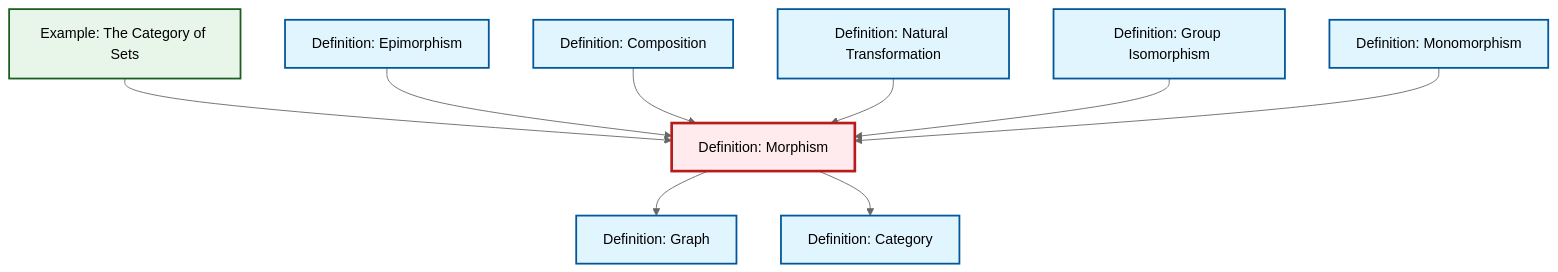
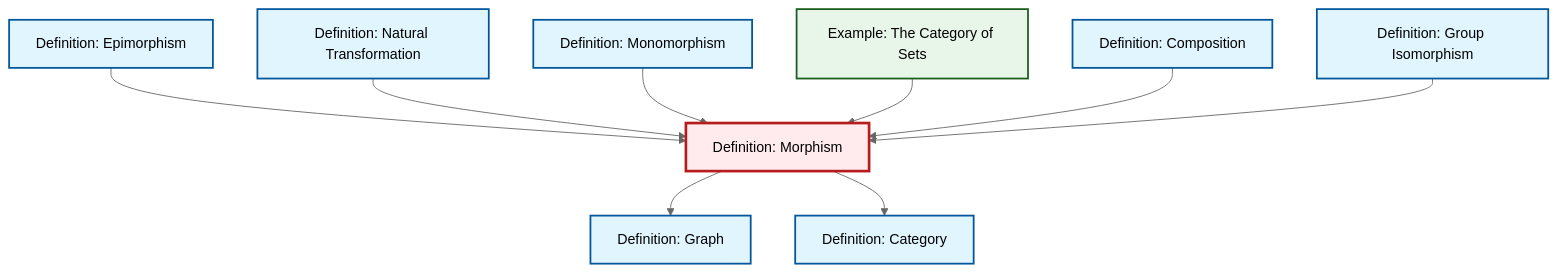
The diagram in content/ja/category-theory/def-morphism.qmd (RK0429/ModernMath), drawn with Mermaid (neutral theme) before and after one commit. The commit also changed other lines of this file and 654 other files, not shown here.

````diff
--- a/content/ja/category-theory/def-morphism.qmd
+++ b/content/ja/category-theory/def-morphism.qmd
@@ -57,35 +57,35 @@
 ```{mermaid}
 %%| fig-cap: "Local dependency graph"
 graph TD
     classDef definition fill:#e1f5fe,stroke:#01579b,stroke-width:2px
     classDef theorem fill:#f3e5f5,stroke:#4a148c,stroke-width:2px
     classDef axiom fill:#fff3e0,stroke:#e65100,stroke-width:2px
     classDef example fill:#e8f5e9,stroke:#1b5e20,stroke-width:2px
     classDef current fill:#ffebee,stroke:#b71c1c,stroke-width:3px
+    def-graph["Definition: Graph"]:::definition
+    def-isomorphism["Definition: Group Isomorphism"]:::definition
+    def-natural-transformation["Definition: Natural Transformation"]:::definition
+    def-epimorphism["Definition: Epimorphism"]:::definition
     def-category["Definition: Category"]:::definition
-    def-natural-transformation["Definition: Natural Transformation"]:::definition
+    def-morphism["Definition: Morphism"]:::definition
     def-composition["Definition: Composition"]:::definition
-    def-epimorphism["Definition: Epimorphism"]:::definition
+    ex-set-category["Example: The Category of Sets"]:::example
     def-monomorphism["Definition: Monomorphism"]:::definition
-    def-isomorphism["Definition: Group Isomorphism"]:::definition
-    ex-set-category["Example: The Category of Sets"]:::example
-    def-morphism["Definition: Morphism"]:::definition
-    def-graph["Definition: Graph"]:::definition
+    def-epimorphism --> def-morphism
+    def-natural-transformation --> def-morphism
+    def-morphism --> def-graph
+    def-monomorphism --> def-morphism
+    def-morphism --> def-category
     ex-set-category --> def-morphism
-    def-epimorphism --> def-morphism
-    def-morphism --> def-graph
-    def-morphism --> def-category
     def-composition --> def-morphism
-    def-natural-transformation --> def-morphism
     def-isomorphism --> def-morphism
-    def-monomorphism --> def-morphism
     class def-morphism current
+    click def-graph "def-graph.html" "Definition: Graphへ"
+    click def-isomorphism "def-isomorphism.html" "Definition: Group Isomorphismへ"
+    click def-natural-transformation "def-natural-transformation.html" "Definition: Natural Transformationへ"
+    click def-epimorphism "def-epimorphism.html" "Definition: Epimorphismへ"
     click def-category "def-category.html" "Definition: Categoryへ"
-    click def-natural-transformation "def-natural-transformation.html" "Definition: Natural Transformationへ"
     click def-composition "def-composition.html" "Definition: Compositionへ"
-    click def-epimorphism "def-epimorphism.html" "Definition: Epimorphismへ"
+    click ex-set-category "ex-set-category.html" "Example: The Category of Setsへ"
     click def-monomorphism "def-monomorphism.html" "Definition: Monomorphismへ"
-    click def-isomorphism "def-isomorphism.html" "Definition: Group Isomorphismへ"
-    click ex-set-category "ex-set-category.html" "Example: The Category of Setsへ"
-    click def-graph "def-graph.html" "Definition: Graphへ"
 ```
````
